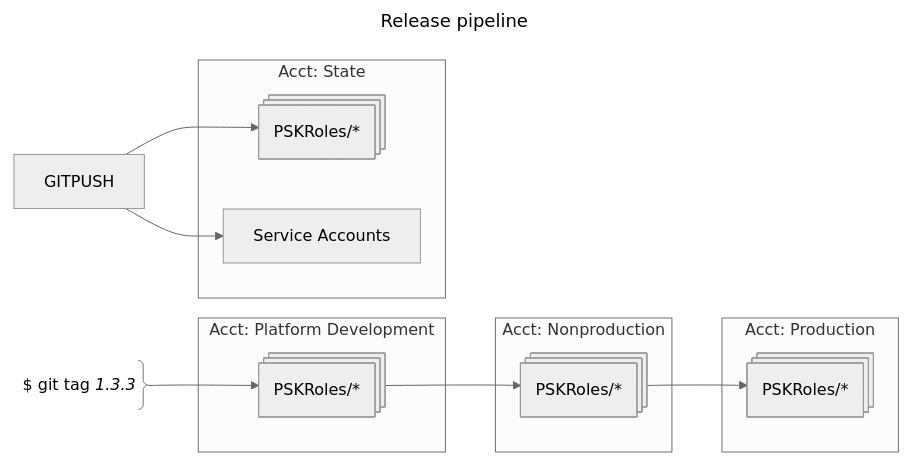
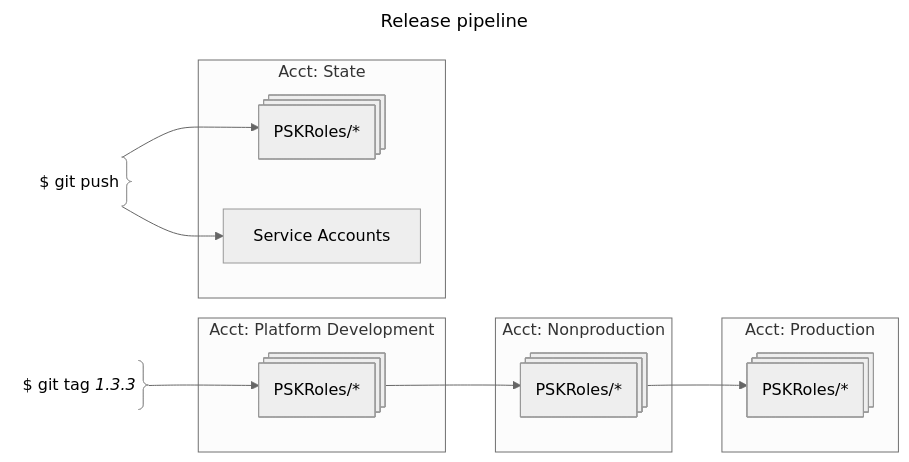
Before and after one commit to twplatformlabs/psk-aws-iam-profiles: the third of 3 diagrams in README.md, drawn with Mermaid (neutral theme).

Commit message:
Update README.md with new GITPUSH format

````diff
--- a/README.md
+++ b/README.md
@@ -73,26 +73,26 @@
 ```mermaid
 ---
 title: Release pipeline
 ---
 flowchart LR
 
     GITPUSH --> RS & SA
     GITTAG --> RDEV --> RNP --> RP
 
-
+	GITPUSH@{ shape: brace-r, label: "$ git push" }
     GITTAG@{ shape: brace-r, label: "$ git tag _1.3.3_" }
 
     subgraph Acct: Platform Development
         RDEV@{ shape: processes, label: "PSKRoles/*" }
     end
     subgraph Acct: Nonproduction
         RNP@{ shape: processes, label: "PSKRoles/*" }
     end
     subgraph Acct: Production
         RP@{ shape: processes, label: "PSKRoles/*" }
     end
     subgraph Acct: State
         RS@{ shape: processes, label: "PSKRoles/*" }
         SA[Service Accounts]
     end
 ```
````
